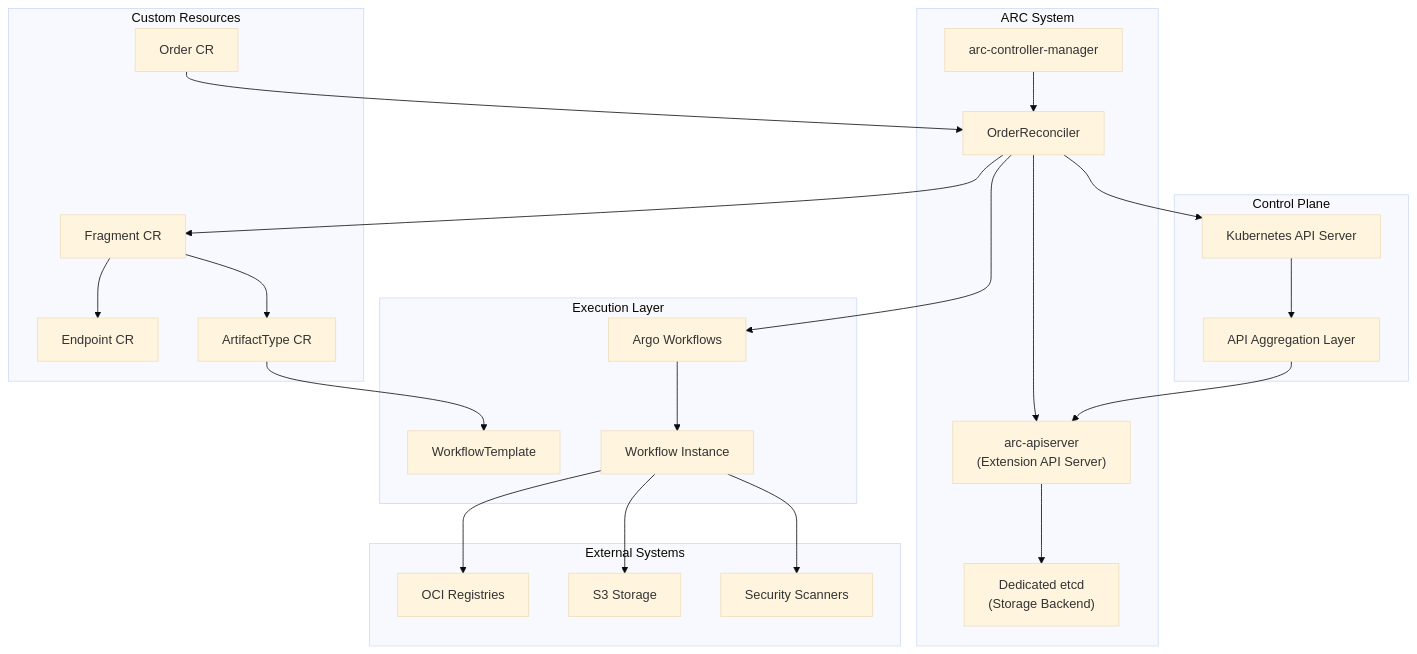
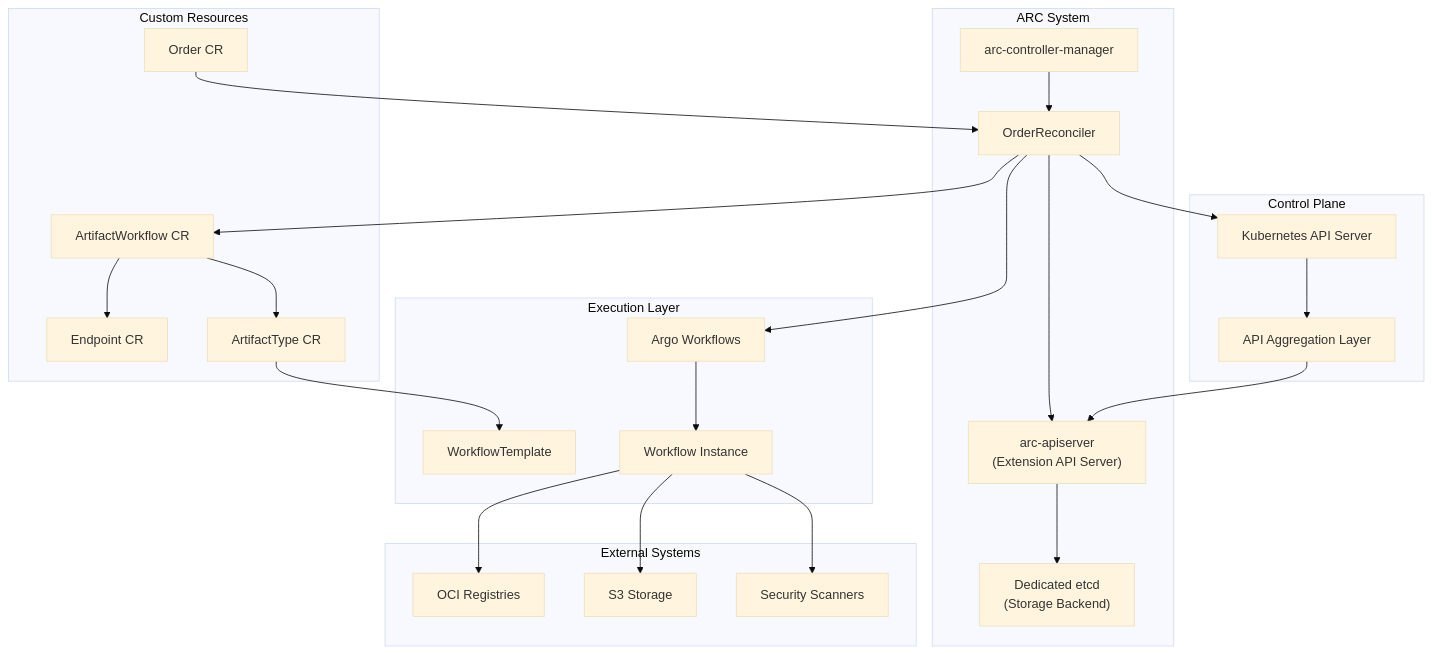
One commit to opendefensecloud/artifact-conduit changed the first of 7 diagrams in docs/user-guide/core-concepts.md. Above: the diagram before and after it, drawn with Mermaid (base theme). The commit also changed other lines of this file and 53 other files, not shown here.

````diff
--- a/docs/user-guide/core-concepts.md
+++ b/docs/user-guide/core-concepts.md
@@ -26,54 +26,54 @@
 ```mermaid
 graph TB
     subgraph "Control Plane"
         K8sAPI["Kubernetes API Server"]
         APIAgg["API Aggregation Layer"]
     end
     
     subgraph "ARC System"
         APIServer["arc-apiserver<br/>(Extension API Server)"]
         etcd["Dedicated etcd<br/>(Storage Backend)"]
         CtrlMgr["arc-controller-manager"]
         OrderCtrl["OrderReconciler"]
     end
     
     subgraph "Custom Resources"
         Order["Order CR"]
-        Fragment["Fragment CR"]
+        ArtifactWorkflow["ArtifactWorkflow CR"]
         Endpoint["Endpoint CR"]
         ATD["ArtifactType CR"]
     end
     
     subgraph "Execution Layer"
         Argo["Argo Workflows"]
         WorkflowTemplate["WorkflowTemplate"]
         Workflow["Workflow Instance"]
     end
     
     subgraph "External Systems"
         Registry["OCI Registries"]
         S3["S3 Storage"]
         Scanners["Security Scanners"]
     end
     
     K8sAPI --> APIAgg
     APIAgg --> APIServer
     APIServer --> etcd
     
     CtrlMgr --> OrderCtrl
     OrderCtrl --> K8sAPI
     OrderCtrl --> APIServer
     
     Order --> OrderCtrl
-    OrderCtrl --> Fragment
+    OrderCtrl --> ArtifactWorkflow
     OrderCtrl --> Argo
     
-    Fragment --> Endpoint
-    Fragment --> ATD
+    ArtifactWorkflow --> Endpoint
+    ArtifactWorkflow --> ATD
     ATD --> WorkflowTemplate
     Argo --> Workflow
     
     Workflow --> Registry
     Workflow --> S3
     Workflow --> Scanners
 ```
````
